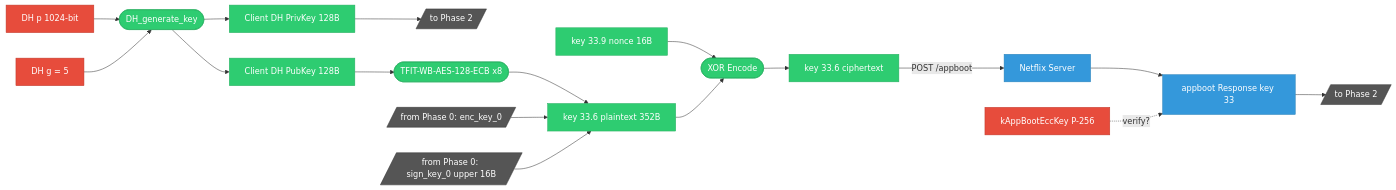
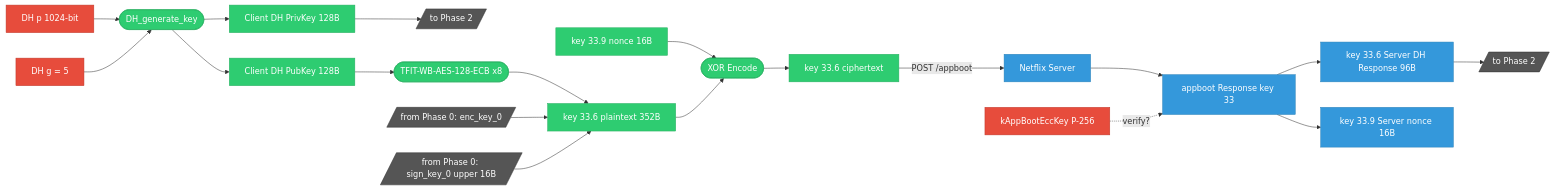
One commit to qtmleap/revkit changed the second of 9 diagrams in docs/spec/msl_key_relationship.md. Above: the diagram before and after it, drawn with Mermaid. The commit also changed other lines of this file, not shown here.

Commit message:
docs(spec): appboot Response を key 33.6 / 33.9 に分解
appboot Response key 33 を Server DH PubKey と省略していた問題を修正。
key 33.6 (Server DH Response 96B) と key 33.9 (Server nonce 16B) に分離。

````diff
--- a/docs/spec/msl_key_relationship.md
+++ b/docs/spec/msl_key_relationship.md
@@ -39,37 +39,41 @@
 ```mermaid
 graph LR
     DH_P["DH p 1024-bit"] --> OP_DHGEN(["DH_generate_key"])
     DH_G["DH g = 5"] --> OP_DHGEN
     OP_DHGEN --> DH_PUB["Client DH PubKey 128B"]
     OP_DHGEN --> DH_PRIV["Client DH PrivKey 128B"]
     DH_PRIV --> TO_P2a[/"to Phase 2"/]
     DH_PUB --> OP_TFIT1(["TFIT-WB-AES-128-ECB x8"])
     OP_TFIT1 --> KEY336_PT["key 33.6 plaintext 352B"]
     FROM_P0a[/"from Phase 0: enc_key_0"/] --> KEY336_PT
     FROM_P0b[/"from Phase 0: sign_key_0 upper 16B"/] --> KEY336_PT
     NONCE_SRV["key 33.9 nonce 16B"] --> OP_XOR(["XOR Encode"])
     KEY336_PT --> OP_XOR
     OP_XOR --> KEY336_ENC["key 33.6 ciphertext"]
     KEY336_ENC -->|POST /appboot| SERVER["Netflix Server"]
-    SERVER --> DH_RESP["appboot Response key 33"]
-    DH_RESP --> TO_P2b[/"to Phase 2"/]
-    ECC_BOOT["kAppBootEccKey P-256"] -.->|verify?| DH_RESP
+    SERVER --> RESP["appboot Response key 33"]
+    RESP --> RESP_6["key 33.6 Server DH Response 96B"]
+    RESP --> RESP_9["key 33.9 Server nonce 16B"]
+    RESP_6 --> TO_P2b[/"to Phase 2"/]
+    ECC_BOOT["kAppBootEccKey P-256"] -.->|verify?| RESP
 
     style DH_P fill:#e74c3c,stroke:#c0392b,color:#fff
     style DH_G fill:#e74c3c,stroke:#c0392b,color:#fff
     style ECC_BOOT fill:#e74c3c,stroke:#c0392b,color:#fff
     style NONCE_SRV fill:#2ecc71,stroke:#27ae60,color:#fff
     style SERVER fill:#3498db,stroke:#2980b9,color:#fff
-    style DH_RESP fill:#3498db,stroke:#2980b9,color:#fff
+    style RESP fill:#3498db,stroke:#2980b9,color:#fff
+    style RESP_6 fill:#3498db,stroke:#2980b9,color:#fff
+    style RESP_9 fill:#3498db,stroke:#2980b9,color:#fff
     style DH_PUB fill:#2ecc71,stroke:#27ae60,color:#fff
     style DH_PRIV fill:#2ecc71,stroke:#27ae60,color:#fff
     style TO_P2a fill:#555,stroke:#333,color:#fff
     style TO_P2b fill:#555,stroke:#333,color:#fff
     style OP_DHGEN fill:#2ecc71,stroke:#27ae60,color:#fff
     style OP_TFIT1 fill:#2ecc71,stroke:#27ae60,color:#fff
     style OP_XOR fill:#2ecc71,stroke:#27ae60,color:#fff
     style KEY336_PT fill:#2ecc71,stroke:#27ae60,color:#fff
     style KEY336_ENC fill:#2ecc71,stroke:#27ae60,color:#fff
     style FROM_P0a fill:#555,stroke:#333,color:#fff
     style FROM_P0b fill:#555,stroke:#333,color:#fff
 ```
````
